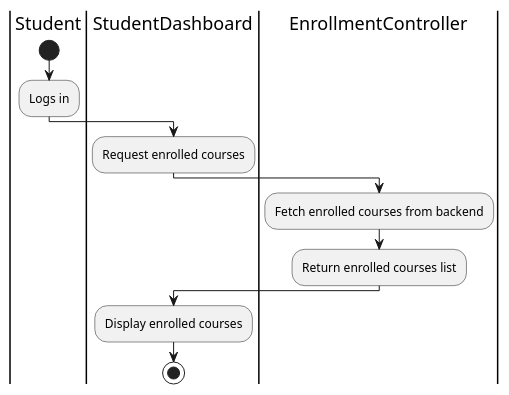
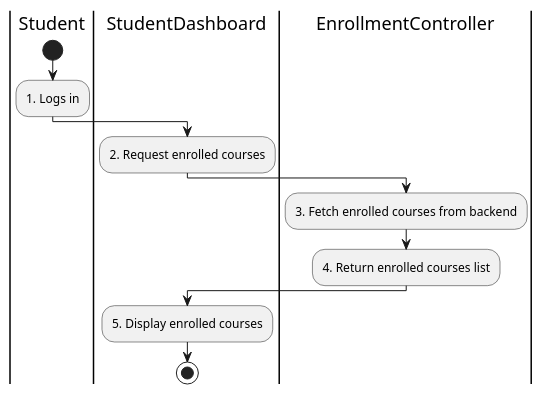
Before and after one commit to Huangphoux/uit-SE357_requirement: the diagram in docs/2. Diagrams/Activity diagram/7. ViewEnrolledCourses/ViewEnrolledCourses.pu, drawn with PlantUML. The commit also changed 85 other files, not shown here.

```diff
--- a/docs/2. Diagrams/Activity diagram/7. ViewEnrolledCourses/ViewEnrolledCourses.pu
+++ b/docs/2. Diagrams/Activity diagram/7. ViewEnrolledCourses/ViewEnrolledCourses.pu
@@ -1,13 +1,13 @@
 @startuml ViewEnrolledCourses
 |Student|
 start
-:Logs in;
+:1. Logs in;
 |StudentDashboard|
-:Request enrolled courses;
+:2. Request enrolled courses;
 |EnrollmentController|
-:Fetch enrolled courses from backend;
-:Return enrolled courses list;
+:3. Fetch enrolled courses from backend;
+:4. Return enrolled courses list;
 |StudentDashboard|
-:Display enrolled courses;
+:5. Display enrolled courses;
 stop
 @enduml
```
